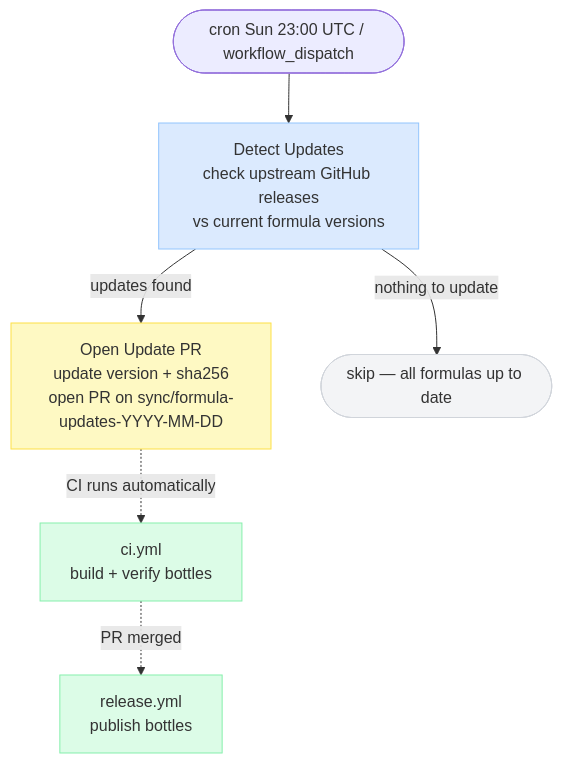
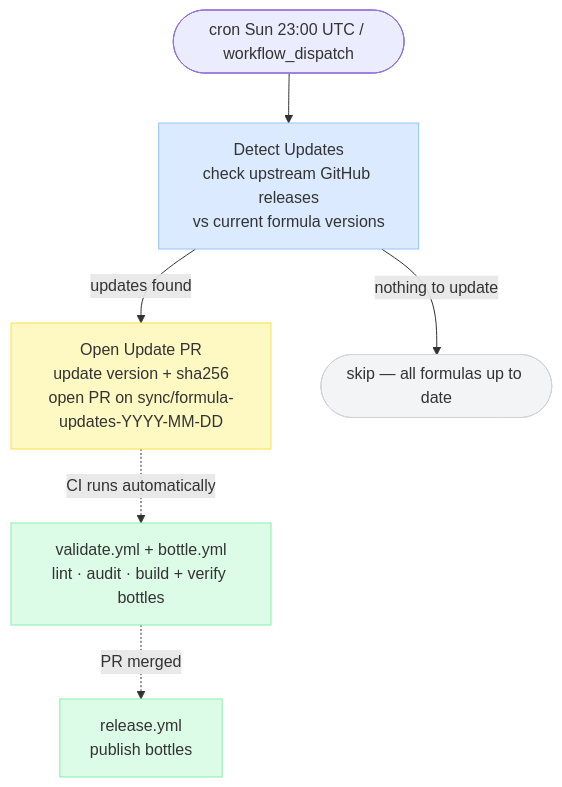
Before and after one commit to patrick204nqh/homebrew-tap: the third of 4 diagrams in docs/architecture/diagrams/ci-pipelines.md, drawn with Mermaid. The commit also changed other lines of this file and 1 other file, not shown here.

Commit message:
docs: refresh stale ci.yml references after workflow split (#29)
PR #26 split ci.yml into validate.yml + bottle.yml (+ cleanup.yml),
but three doc references still pointed at the old single-workflow
name:

- CONTRIBUTING.md step 3 of 'Adding a new formula'
- ci-pipelines.md diagram 3 (sync-formulas) arrow label
- ci-pipelines.md diagram 4 (build-ruby-runtime) arrow label

Updated all three to reference the actual validate.yml + bottle.yml
pair that runs today.

````diff
--- a/docs/architecture/diagrams/ci-pipelines.md
+++ b/docs/architecture/diagrams/ci-pipelines.md
@@ -57,21 +57,21 @@
 ```mermaid
 flowchart TD
     T([cron Sun 23:00 UTC / workflow_dispatch])
 
     DETECT[Detect Updates\ncheck upstream GitHub releases\nvs current formula versions]
     OPEN_PR[Open Update PR\nupdate version + sha256\nopen PR on sync/formula-updates-YYYY-MM-DD]
     SKIP([skip — all formulas up to date])
 
     T --> DETECT
     DETECT -->|updates found| OPEN_PR
     DETECT -->|nothing to update| SKIP
 
-    OPEN_PR -.->|CI runs automatically| CI[ci.yml\nbuild + verify bottles]
+    OPEN_PR -.->|CI runs automatically| CI[validate.yml + bottle.yml\nlint · audit · build + verify bottles]
     CI -.->|PR merged| RELEASE[release.yml\npublish bottles]
 
     style DETECT   fill:#dbeafe,stroke:#93c5fd
     style OPEN_PR  fill:#fef9c3,stroke:#fde047
     style SKIP     fill:#f3f4f6,stroke:#d1d5db
     style CI       fill:#dcfce7,stroke:#86efac
     style RELEASE  fill:#dcfce7,stroke:#86efac
 ```
````
